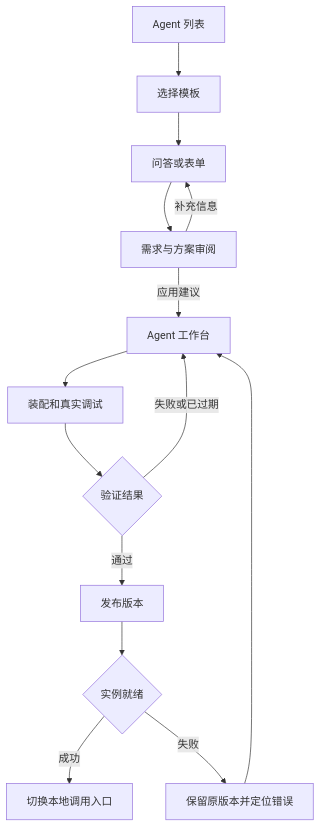
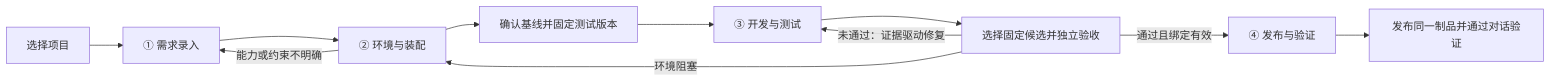
Before and after one commit to Vincenttao/agent-builder-java: the first of 2 diagrams in docs/NL2Agent_交互设计_v0.1.md, drawn with Mermaid. The commit also changed other lines of this file and 909 other files, not shown here.

````diff
--- a/docs/NL2Agent_交互设计_v0.1.md
+++ b/docs/NL2Agent_交互设计_v0.1.md
@@ -67,16 +80,13 @@
 ```mermaid
-flowchart TD
-    A[Agent 列表] --> B[选择模板]
-    B --> C[问答或表单]
-    C --> D[需求与方案审阅]
-    D -->|补充信息| C
-    D -->|应用建议| E[Agent 工作台]
-    E --> F[装配和真实调试]
-    F --> G{验证结果}
-    G -->|失败或已过期| E
-    G -->|通过| H[发布版本]
-    H --> I{实例就绪}
-    I -->|成功| J[切换本地调用入口]
-    I -->|失败| K[保留原版本并定位错误]
-    K --> E
+flowchart LR
+    P[选择项目] --> R[① 需求录入]
+    R --> E[② 环境与装配]
+    E --> S[确认基线并固定测试版本]
+    S --> D[③ 开发与测试]
+    D --> C[选择固定候选并独立验收]
+    C -->|未通过：证据驱动修复| D
+    C -->|通过且绑定有效| V[④ 发布与验证]
+    V --> B[发布同一制品并通过对话验证]
+    E -->|能力或约束不明确| R
+    C -->|环境阻塞| E
 ```
````
